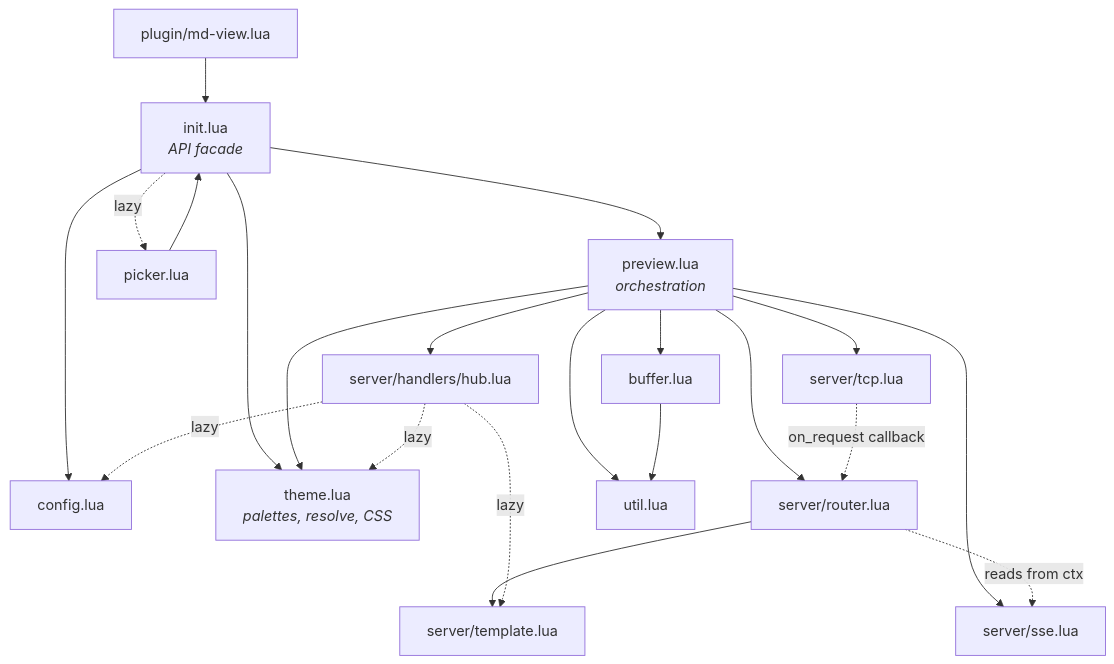
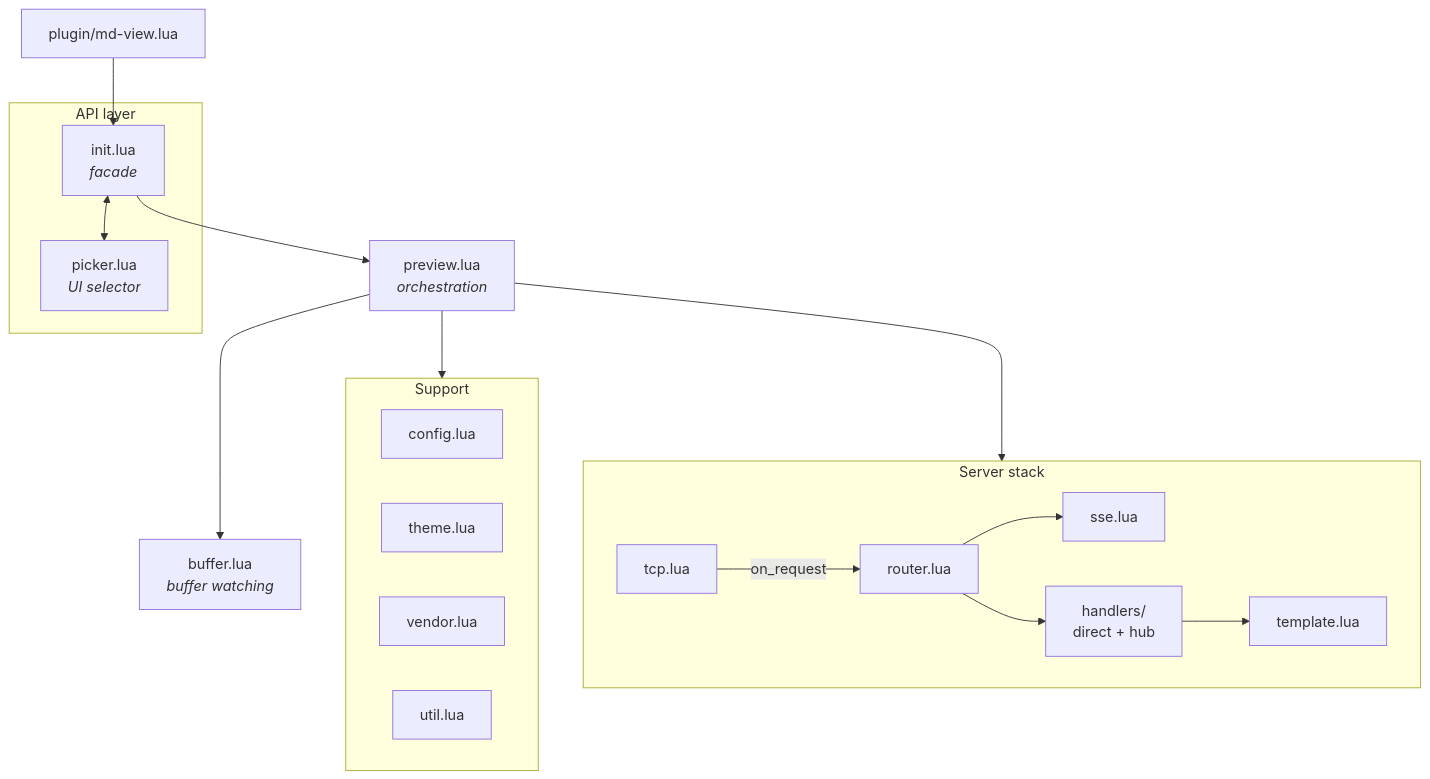
One commit to kcayme/md-view.nvim changed the first of 11 diagrams in docs/ARCHITECTURE.md. Above: the diagram before and after it, drawn with Mermaid. The commit also changed other lines of this file, not shown here.

Commit message:
docs: updated architecture doc

````diff
--- a/docs/ARCHITECTURE.md
+++ b/docs/ARCHITECTURE.md
@@ -32,40 +36,40 @@
 ```mermaid
 graph TD
     plugin["plugin/md-view.lua"]
-    init["init.lua<br/><i>API facade</i>"]
-    config["config.lua"]
+
+    subgraph api["API layer"]
+        init["init.lua<br/><i>facade</i>"]
+        picker["picker.lua<br/><i>UI selector</i>"]
+    end
+
+    subgraph support["Support"]
+        config["config.lua"]
+        theme["theme.lua"]
+        vendor["vendor.lua"]
+        util["util.lua"]
+    end
+
     preview["preview.lua<br/><i>orchestration</i>"]
-    theme["theme.lua<br/><i>palettes, resolve, CSS</i>"]
-    server["server/tcp.lua"]
-    router["server/router.lua"]
-    template["server/template.lua"]
-    sse["server/sse.lua"]
-    hub["server/handlers/hub.lua"]
-    buffer["buffer.lua"]
-    util["util.lua"]
-    picker["picker.lua"]
+    buffer["buffer.lua<br/><i>buffer watching</i>"]
+
+    subgraph srv["Server stack"]
+        tcp["tcp.lua"]
+        router["router.lua"]
+        sse["sse.lua"]
+        handlers["handlers/<br/>direct + hub"]
+        template["template.lua"]
+    end
 
     plugin --> init
-    init --> config
     init --> preview
-    init --> theme
-    init -.->|lazy| picker
-    picker --> init
+    init <--> picker
 
-    preview --> theme
-    preview --> server
-    preview --> router
-    preview --> sse
-    preview --> hub
+    preview --> support
     preview --> buffer
-    preview --> util
+    preview --> srv
 
-    server -.->|on_request callback| router
-    router --> template
-    router -.->|reads from ctx| sse
-    hub -.->|lazy| template
-    hub -.->|lazy| config
-    hub -.->|lazy| theme
-
-    buffer --> util
+    tcp -->|on_request| router
+    router --> sse
+    router --> handlers
+    handlers --> template
 ```
````
